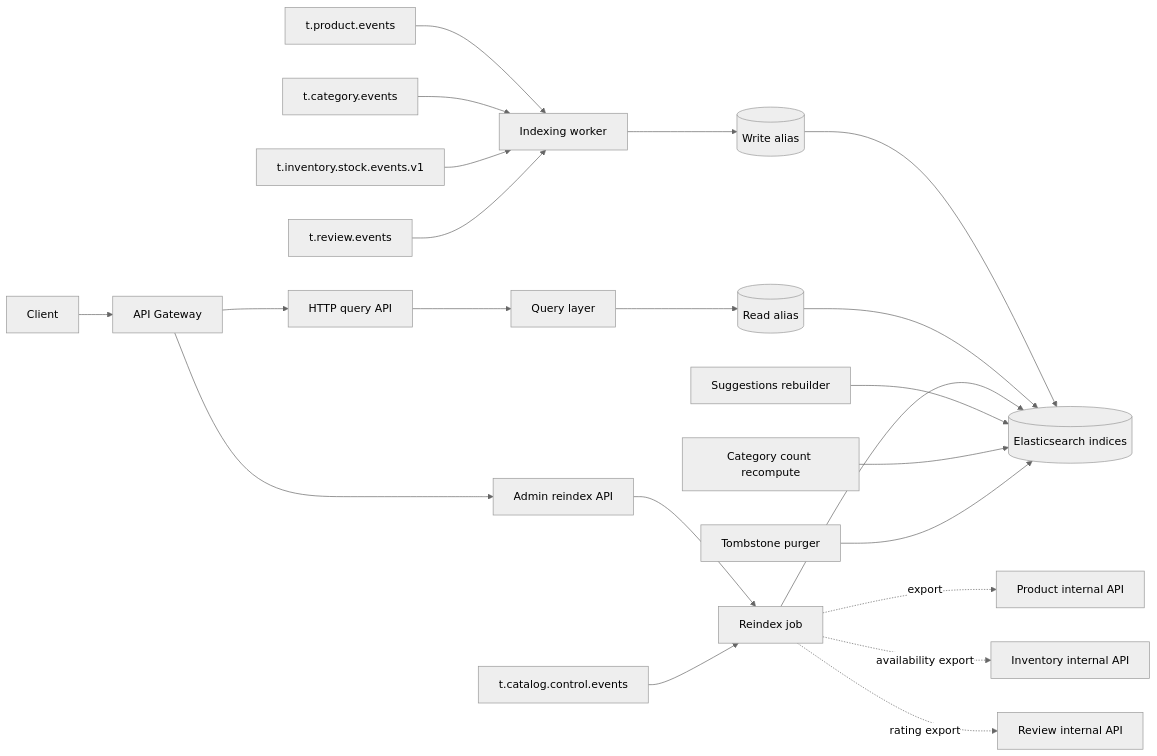
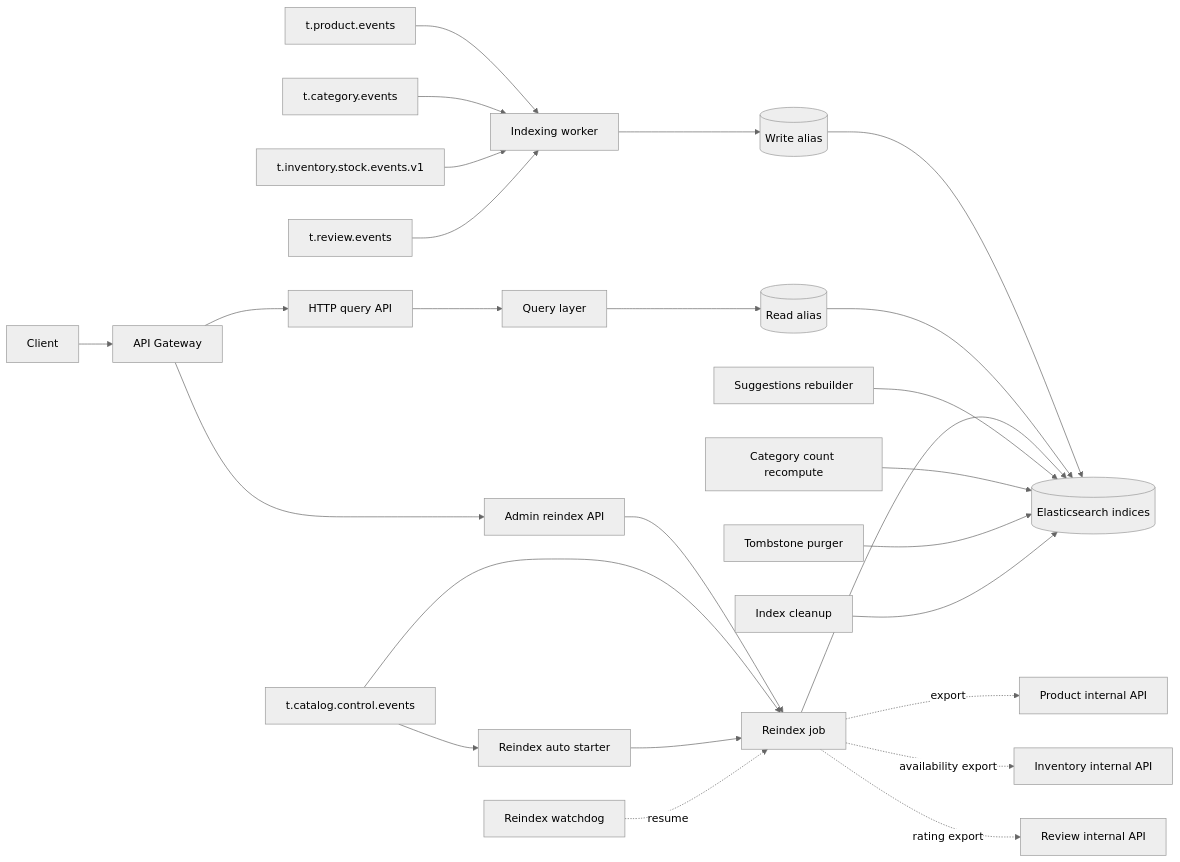
Before and after one commit to quangdung2110/e-commerce-microservices: the diagram in docs/search/architecture.md, drawn with Mermaid (neutral theme). The commit also changed other lines of this file and 80 other files, not shown here.

````diff
--- a/docs/search/architecture.md
+++ b/docs/search/architecture.md
@@ -28,24 +30,28 @@
 ```mermaid
 flowchart LR
   C[Client] --> G[API Gateway]
   G --> API[HTTP query API]
   G --> AAPI[Admin reindex API]
   API --> Q[Query layer]
   AAPI --> RJ[Reindex job]
   PE[t.product.events] --> W[Indexing worker]
   CE[t.category.events] --> W
   CCE[t.catalog.control.events] --> RJ
   IE[t.inventory.stock.events.v1] --> W
   RE[t.review.events] --> W
   W --> WA[(Write alias)]
   Q --> RA[(Read alias)]
   WA --> ES[(Elasticsearch indices)]
   RA --> ES
   RJ --> ES
   SR[Suggestions rebuilder] --> ES
   CC[Category count recompute] --> ES
   TP[Tombstone purger] --> ES
+  IC[Index cleanup] --> ES
+  CCE --> AS[Reindex auto starter]
+  AS --> RJ
+  WD[Reindex watchdog] -.resume.-> RJ
   RJ -.export.-> P[Product internal API]
   RJ -.availability export.-> INV[Inventory internal API]
   RJ -.rating export.-> REV[Review internal API]
 ```
````
